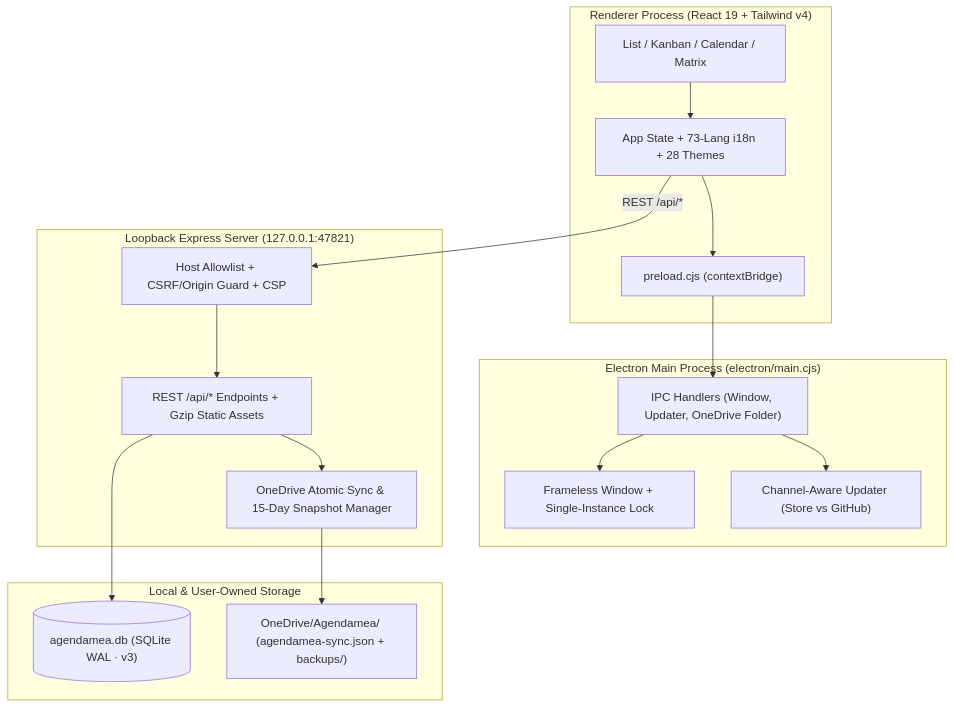
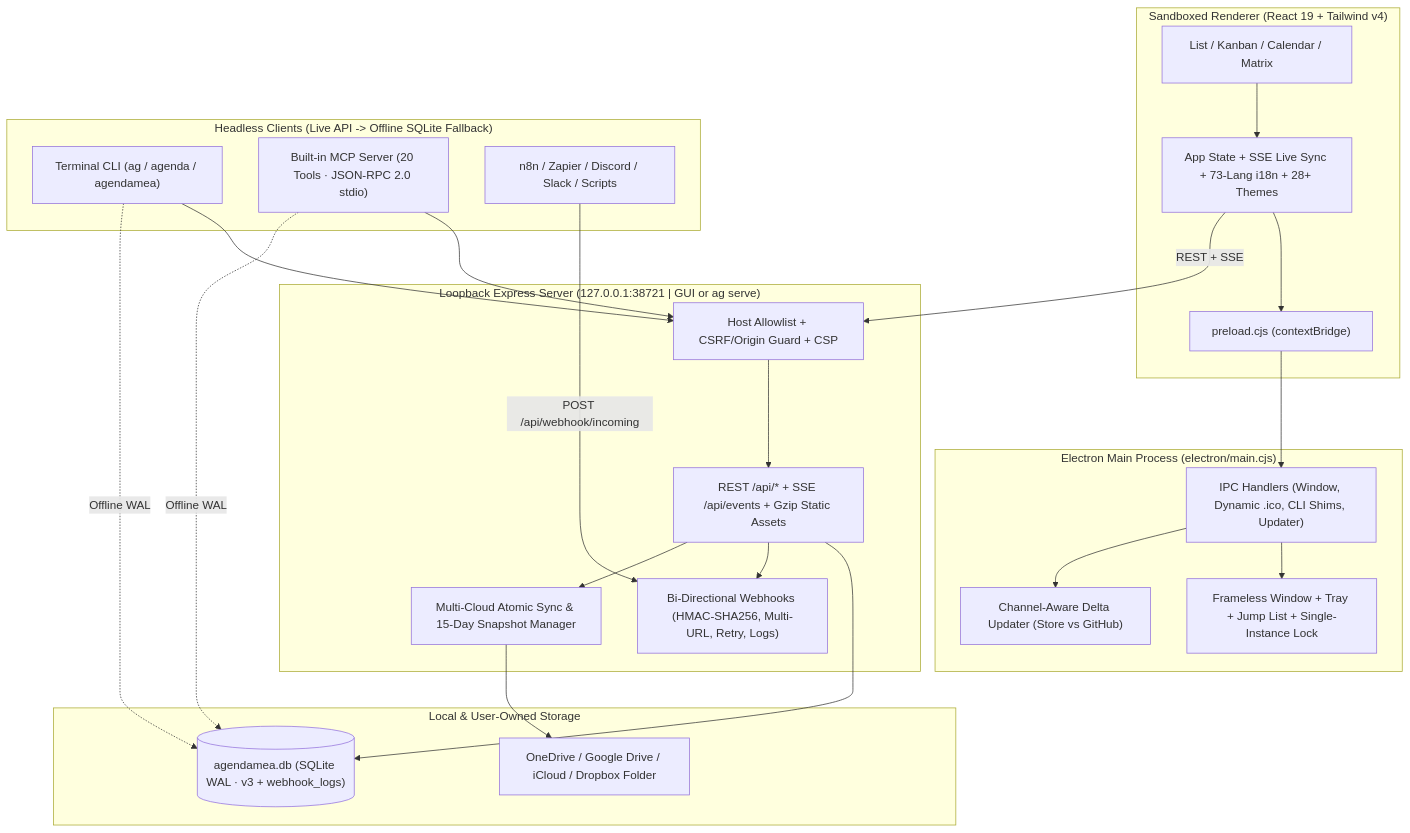
The diagram in README.md (emirtdede/agendamea), drawn with Mermaid before and after one commit. The commit also changed other lines of this file and 28 other files, not shown here.

Commit message:
release(v1.0.0): complete 100% headless CLI/MCP/webhook automation, UX refinements, Power Pilot format README & updated WinGet checksums

````diff
--- a/README.md
+++ b/README.md
@@ -187,32 +190,45 @@
 ```mermaid
 flowchart TD
-    subgraph UI["Renderer Process (React 19 + Tailwind v4)"]
+    subgraph UI["Sandboxed Renderer (React 19 + Tailwind v4)"]
         VIEWS["List / Kanban / Calendar / Matrix"]
-        STATE["App State + 73-Lang i18n + 28 Themes"]
+        STATE["App State + SSE Live Sync + 73-Lang i18n + 28+ Themes"]
         PRE["preload.cjs (contextBridge)"]
     end
 
     subgraph MAIN["Electron Main Process (electron/main.cjs)"]
-        WIN["Frameless Window + Single-Instance Lock"]
-        IPC["IPC Handlers (Window, Updater, OneDrive Folder)"]
-        UPD["Channel-Aware Updater (Store vs GitHub)"]
+        WIN["Frameless Window + Tray + Jump List + Single-Instance Lock"]
+        IPC["IPC Handlers (Window, Dynamic .ico, CLI Shims, Updater)"]
+        UPD["Channel-Aware Delta Updater (Store vs GitHub)"]
     end
 
-    subgraph API["Loopback Express Server (127.0.0.1:47821)"]
+    subgraph API["Loopback Express Server (127.0.0.1:38721 | GUI or ag serve)"]
         GUARD["Host Allowlist + CSRF/Origin Guard + CSP"]
-        REST["REST /api/* Endpoints + Gzip Static Assets"]
-        SYNC["OneDrive Atomic Sync & 15-Day Snapshot Manager"]
+        REST["REST /api/* + SSE /api/events + Gzip Static Assets"]
+        HOOK["Bi-Directional Webhooks (HMAC-SHA256, Multi-URL, Retry, Logs)"]
+        SYNC["Multi-Cloud Atomic Sync & 15-Day Snapshot Manager"]
+    end
+
+    subgraph HEADLESS["Headless Clients (Live API -> Offline SQLite Fallback)"]
+        CLI["Terminal CLI (ag / agenda / agendamea)"]
+        MCP["Built-in MCP Server (20 Tools · JSON-RPC 2.0 stdio)"]
+        EXT["n8n / Zapier / Discord / Slack / Scripts"]
     end
 
     subgraph STORAGE["Local & User-Owned Storage"]
-        DB[("agendamea.db (SQLite WAL · v3)")]
-        OD["OneDrive/Agendamea/ (agendamea-sync.json + backups/)"]
+        DB[("agendamea.db (SQLite WAL · v3 + webhook_logs)")]
+        CLOUD["OneDrive / Google Drive / iCloud / Dropbox Folder"]
     end
 
     VIEWS --> STATE --> PRE --> IPC
     IPC --> WIN
     IPC --> UPD
-    STATE -->|"REST /api/*"| GUARD --> REST
+    STATE -->|"REST + SSE"| GUARD --> REST
+    CLI --> GUARD
+    MCP --> GUARD
+    CLI -.->|"Offline WAL"| DB
+    MCP -.->|"Offline WAL"| DB
+    EXT -->|"POST /api/webhook/incoming"| HOOK
     REST --> DB
-    REST --> SYNC --> OD
+    REST --> HOOK
+    REST --> SYNC --> CLOUD
 ```
````
